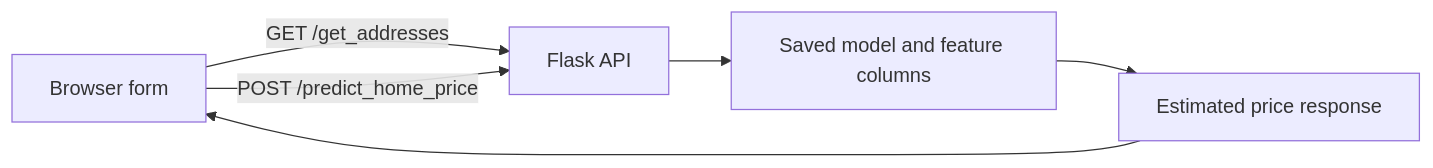
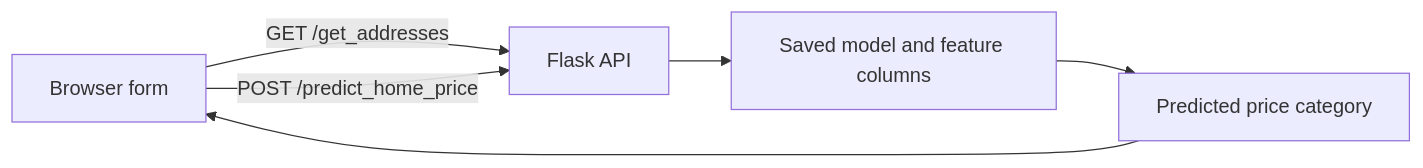
Before and after one commit to shimynimi/data_science_real_estate_project: the diagram in README.md, drawn with Mermaid. The commit also changed other lines of this file, not shown here.

Commit message:
Clarify Tehran home price category classification

````diff
--- a/README.md
+++ b/README.md
@@ -9,8 +9,8 @@
 ```mermaid
 flowchart LR
     A[Browser form] -->|GET /get_addresses| B[Flask API]
     A -->|POST /predict_home_price| B
     B --> C[Saved model and feature columns]
-    C --> D[Estimated price response]
+    C --> D[Predicted price category]
     D --> A
 ```
````
